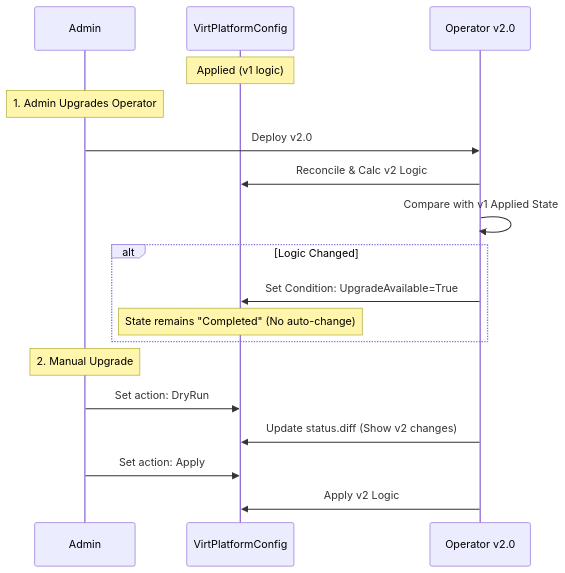
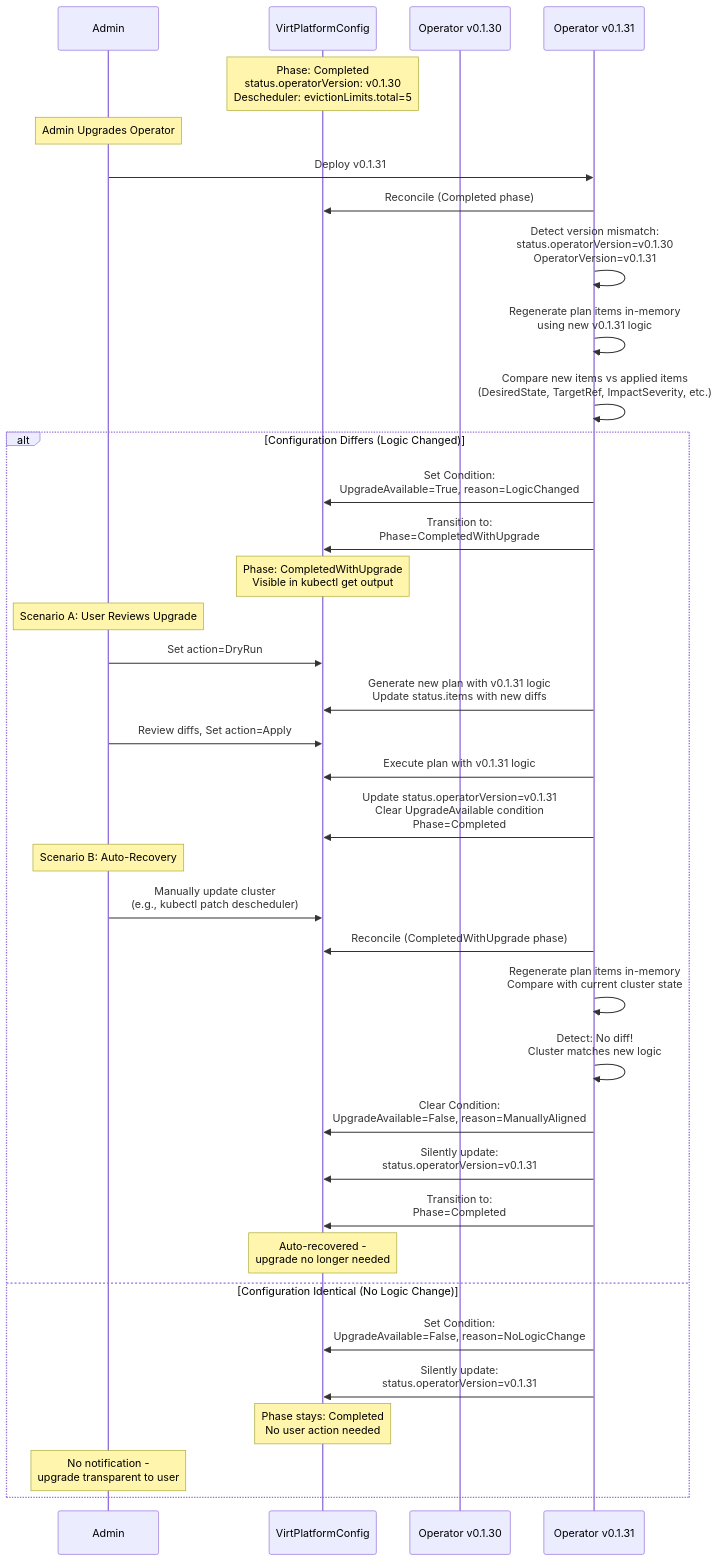
One commit to tiraboschi/virt-advisor-operator changed the third of 5 diagrams in docs/vep.md. Above: the diagram before and after it, drawn with Mermaid. The commit also changed other lines of this file and 7 other files, not shown here.

Commit message:
Implement upgrade detection logic

````diff
--- a/docs/vep.md
+++ b/docs/vep.md
@@ -327,25 +375,45 @@
 ```mermaid
 sequenceDiagram
     participant Admin
     participant Plan as VirtPlatformConfig
-    participant OpV2 as Operator v2.0
+    participant OpV1 as Operator v0.1.30
+    participant OpV2 as Operator v0.1.31
 
-    Note over Plan: Applied (v1 logic)
-    
-    Note over Admin: 1. Admin Upgrades Operator
-    Admin->>OpV2: Deploy v2.0
-    
-    OpV2->>Plan: Reconcile & Calc v2 Logic
-    OpV2->>OpV2: Compare with v1 Applied State
-    
-    alt Logic Changed
-        OpV2->>Plan: Set Condition: UpgradeAvailable=True
-        Note over Plan: State remains "Completed" (No auto-change)
+    Note over Plan: Phase: Completed<br/>status.operatorVersion: v0.1.30<br/>Descheduler: evictionLimits.total=5
+
+    Note over Admin: Admin Upgrades Operator
+    Admin->>OpV2: Deploy v0.1.31
+
+    OpV2->>Plan: Reconcile (Completed phase)
+    OpV2->>OpV2: Detect version mismatch:<br/>status.operatorVersion=v0.1.30<br/>OperatorVersion=v0.1.31
+    OpV2->>OpV2: Regenerate plan items in-memory<br/>using new v0.1.31 logic
+    OpV2->>OpV2: Compare new items vs applied items<br/>(DesiredState, TargetRef, ImpactSeverity, etc.)
+
+    alt Configuration Differs (Logic Changed)
+        OpV2->>Plan: Set Condition:<br/>UpgradeAvailable=True, reason=LogicChanged
+        OpV2->>Plan: Transition to:<br/>Phase=CompletedWithUpgrade
+        Note over Plan: Phase: CompletedWithUpgrade<br/>Visible in kubectl get output
+
+        Note over Admin: Scenario A: User Reviews Upgrade
+        Admin->>Plan: Set action=DryRun
+        OpV2->>Plan: Generate new plan with v0.1.31 logic<br/>Update status.items with new diffs
+        Admin->>Plan: Review diffs, Set action=Apply
+        OpV2->>Plan: Execute plan with v0.1.31 logic
+        OpV2->>Plan: Update status.operatorVersion=v0.1.31<br/>Clear UpgradeAvailable condition<br/>Phase=Completed
+
+        Note over Admin: Scenario B: Auto-Recovery
+        Admin->>Plan: Manually update cluster<br/>(e.g., kubectl patch descheduler)
+        OpV2->>Plan: Reconcile (CompletedWithUpgrade phase)
+        OpV2->>OpV2: Regenerate plan items in-memory<br/>Compare with current cluster state
+        OpV2->>OpV2: Detect: No diff!<br/>Cluster matches new logic
+        OpV2->>Plan: Clear Condition:<br/>UpgradeAvailable=False, reason=ManuallyAligned
+        OpV2->>Plan: Silently update:<br/>status.operatorVersion=v0.1.31
+        OpV2->>Plan: Transition to:<br/>Phase=Completed
+        Note over Plan: Auto-recovered -<br/>upgrade no longer needed
+    else Configuration Identical (No Logic Change)
+        OpV2->>Plan: Set Condition:<br/>UpgradeAvailable=False, reason=NoLogicChange
+        OpV2->>Plan: Silently update:<br/>status.operatorVersion=v0.1.31
+        Note over Plan: Phase stays: Completed<br/>No user action needed
+        Note over Admin: No notification -<br/>upgrade transparent to user
     end
-    
-    Note over Admin: 2. Manual Upgrade
-    Admin->>Plan: Set action: DryRun
-    OpV2->>Plan: Update status.diff (Show v2 changes)
-    Admin->>Plan: Set action: Apply
-    OpV2->>Plan: Apply v2 Logic
 ```
````
